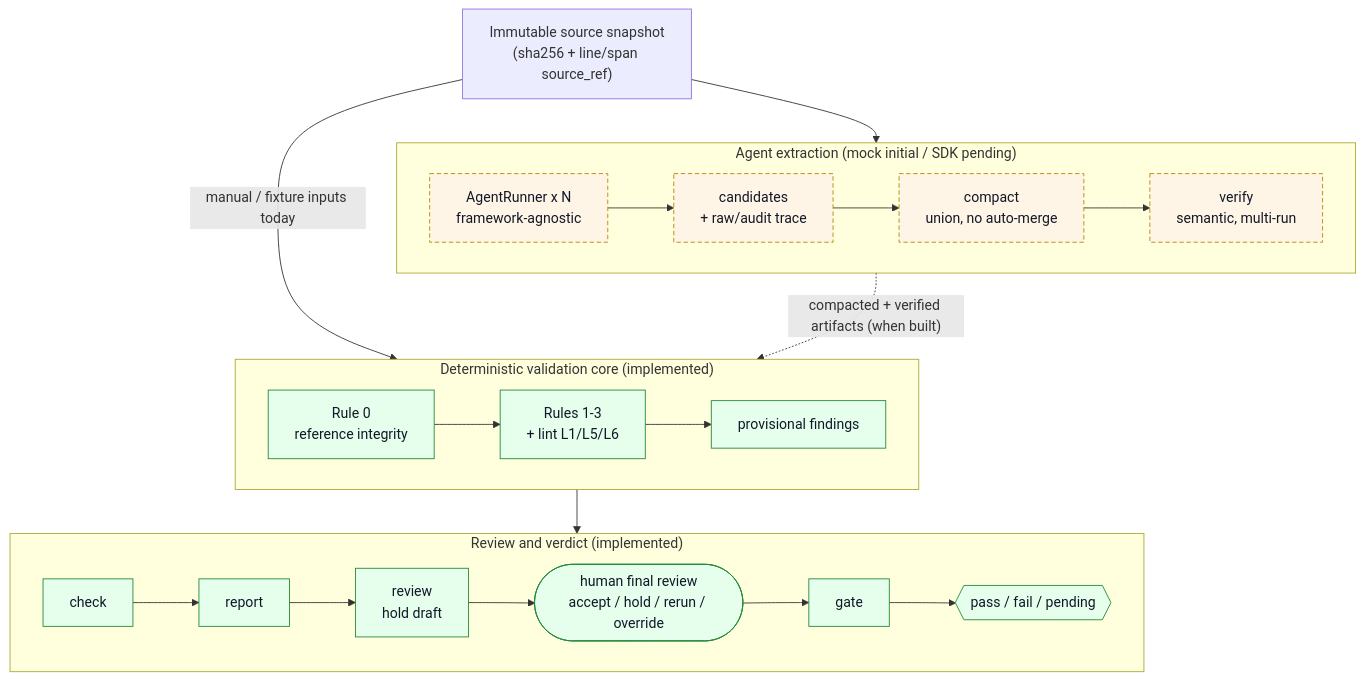
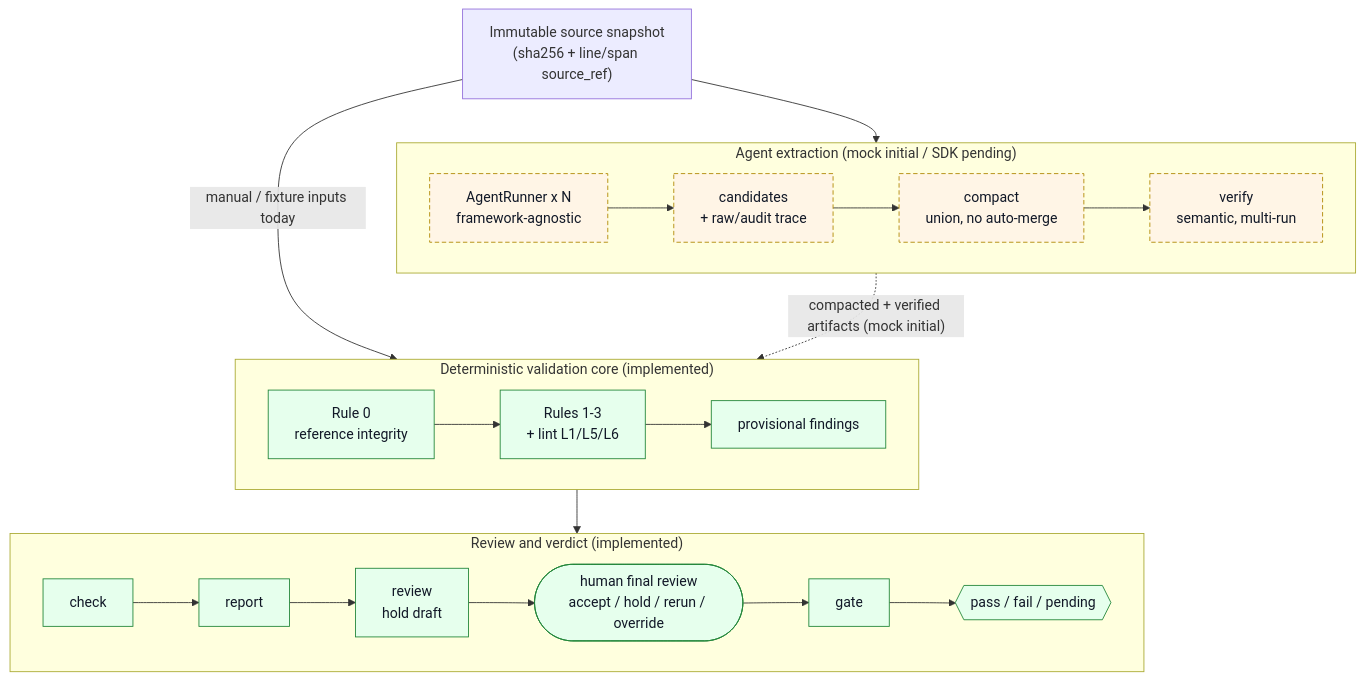
The diagram in README.md (entangelk/assessment_poc), drawn with Mermaid before and after one commit. The commit also changed other lines of this file and 9 other files, not shown here.

Commit message:
Add mock verify CLI orchestration

````diff
--- a/README.md
+++ b/README.md
@@ -161,29 +167,29 @@
 ```mermaid
 flowchart TB
     SNAP["Immutable source snapshot<br/>(sha256 + line/span source_ref)"]
 
     subgraph EXTRACT["Agent extraction (mock initial / SDK pending)"]
         direction LR
         RUNS["AgentRunner x N<br/>framework-agnostic"] --> CANDS["candidates<br/>+ raw/audit trace"] --> COMPACT["compact<br/>union, no auto-merge"] --> VERIFY["verify<br/>semantic, multi-run"]
     end
 
     subgraph CORE["Deterministic validation core (implemented)"]
         direction LR
         R0["Rule 0<br/>reference integrity"] --> RJ["Rules 1-3<br/>+ lint L1/L5/L6"] --> FINDINGS["provisional findings"]
     end
 
     subgraph FLOW["Review and verdict (implemented)"]
         direction LR
         CHECK["check"] --> REPORT["report"] --> REVIEW["review<br/>hold draft"] --> HUMAN(["human final review<br/>accept / hold / rerun / override"]) --> GATE["gate"] --> VERDICT{{"pass / fail / pending"}}
     end
 
     SNAP --> RUNS
     SNAP -->|"manual / fixture inputs today"| R0
-    VERIFY -.->|"compacted + verified artifacts (when built)"| R0
+    VERIFY -.->|"compacted + verified artifacts (mock initial)"| R0
     FINDINGS --> CHECK
 
     classDef done fill:#e6ffed,stroke:#22863a,color:#111827;
     classDef todo fill:#fff5e6,stroke:#b08800,color:#111827,stroke-dasharray:5 3;
     class R0,RJ,FINDINGS,CHECK,REPORT,REVIEW,HUMAN,GATE,VERDICT done;
     class RUNS,CANDS,COMPACT,VERIFY todo;
 ```
````
